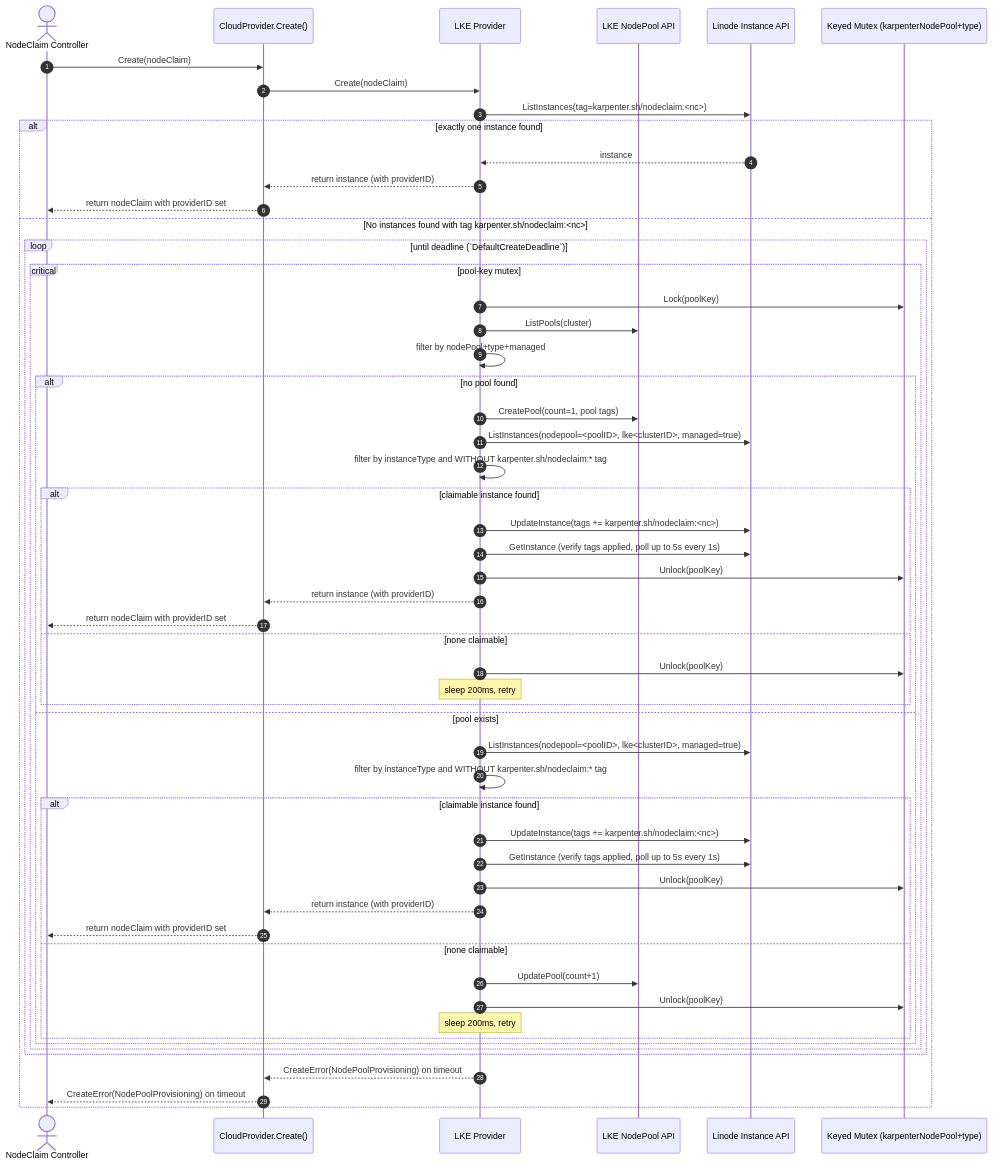
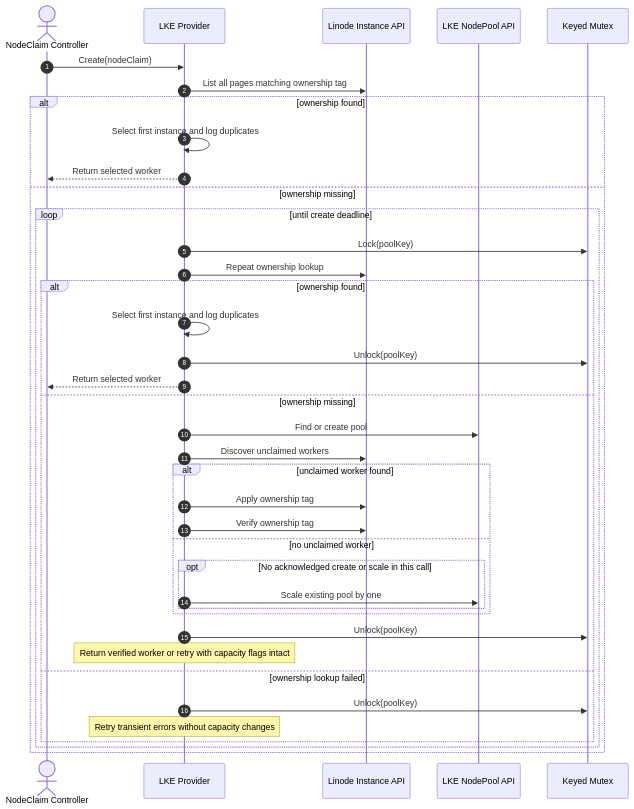
The second of 2 diagrams in docs/lke-nodepool-scaleup.md (linode/karpenter-provider-linode), drawn with Mermaid before and after one commit. The commit also changed other lines of this file and 4 other files, not shown here.

Commit message:
fix: recover owned LKE workers before retrying (#192)

````diff
--- a/docs/lke-nodepool-scaleup.md
+++ b/docs/lke-nodepool-scaleup.md
@@ -116,61 +120,42 @@
 ```mermaid
 sequenceDiagram
     autonumber
     actor NC as NodeClaim Controller
-    participant CP as CloudProvider.Create()
     participant LKE as LKE Provider
+    participant INST as Linode Instance API
     participant POOL as LKE NodePool API
-    participant INST as Linode Instance API
-    participant M as Keyed Mutex (karpenterNodePool+type)
+    participant M as Keyed Mutex
 
-    NC->>CP: Create(nodeClaim)
-    CP->>LKE: Create(nodeClaim)
-
-    %% Step 1: Fast idempotency
-    LKE->>INST: ListInstances(tag=karpenter.sh/nodeclaim:<nc>)
-    alt exactly one instance found
-        INST-->>LKE: instance
-        LKE-->>CP: return instance (with providerID)
-        CP-->>NC: return nodeClaim with providerID set
-    else No instances found with tag karpenter.sh/nodeclaim:<nc>
-        loop until deadline (`DefaultCreateDeadline`)
-            critical pool-key mutex
-                LKE->>M: Lock(poolKey)
-                LKE->>POOL: ListPools(cluster)
-                LKE->>LKE: filter by nodePool+type+managed
-
-                alt no pool found
-                    LKE->>POOL: CreatePool(count=1, pool tags)
-                    LKE->>INST: ListInstances(nodepool=<poolID>, lke<clusterID>, managed=true)
-                    LKE->>LKE: filter by instanceType and WITHOUT karpenter.sh/nodeclaim:* tag
-                    alt claimable instance found
-                        LKE->>INST: UpdateInstance(tags += karpenter.sh/nodeclaim:<nc>)
-                        LKE->>INST: GetInstance (verify tags applied, poll up to 5s every 1s)
-                        LKE->>M: Unlock(poolKey)
-                        LKE-->>CP: return instance (with providerID)
-                        CP-->>NC: return nodeClaim with providerID set
-                    else none claimable
-                        LKE->>M: Unlock(poolKey)
-                        Note over LKE: sleep 200ms, retry
-                    end
-                else pool exists
-                    LKE->>INST: ListInstances(nodepool=<poolID>, lke<clusterID>, managed=true)
-                    LKE->>LKE: filter by instanceType and WITHOUT karpenter.sh/nodeclaim:* tag
-                    alt claimable instance found
-                        LKE->>INST: UpdateInstance(tags += karpenter.sh/nodeclaim:<nc>)
-                        LKE->>INST: GetInstance (verify tags applied, poll up to 5s every 1s)
-                        LKE->>M: Unlock(poolKey)
-                        LKE-->>CP: return instance (with providerID)
-                        CP-->>NC: return nodeClaim with providerID set
-                    else none claimable
-                        LKE->>POOL: UpdatePool(count+1)
-                        LKE->>M: Unlock(poolKey)
-                        Note over LKE: sleep 200ms, retry
+    NC->>LKE: Create(nodeClaim)
+    LKE->>INST: List all pages matching ownership tag
+    alt ownership found
+        LKE->>LKE: Select first instance and log duplicates
+        LKE-->>NC: Return selected worker
+    else ownership missing
+        loop until create deadline
+            LKE->>M: Lock(poolKey)
+            LKE->>INST: Repeat ownership lookup
+            alt ownership found
+                LKE->>LKE: Select first instance and log duplicates
+                LKE->>M: Unlock(poolKey)
+                LKE-->>NC: Return selected worker
+            else ownership missing
+                LKE->>POOL: Find or create pool
+                LKE->>INST: Discover unclaimed workers
+                alt unclaimed worker found
+                    LKE->>INST: Apply ownership tag
+                    LKE->>INST: Verify ownership tag
+                else no unclaimed worker
+                    opt No acknowledged create or scale in this call
+                        LKE->>POOL: Scale existing pool by one
                     end
                 end
+                LKE->>M: Unlock(poolKey)
+                Note over LKE: Return verified worker or retry with capacity flags intact
+            else ownership lookup failed
+                LKE->>M: Unlock(poolKey)
+                Note over LKE: Retry transient errors without capacity changes
             end
         end
-        LKE-->>CP: CreateError(NodePoolProvisioning) on timeout
-        CP-->>NC: CreateError(NodePoolProvisioning) on timeout
     end
 ```
````
